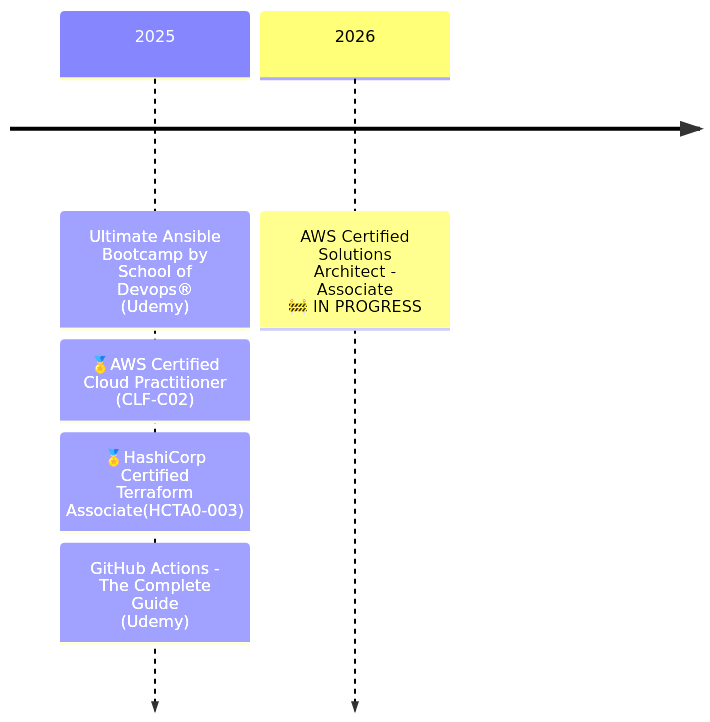
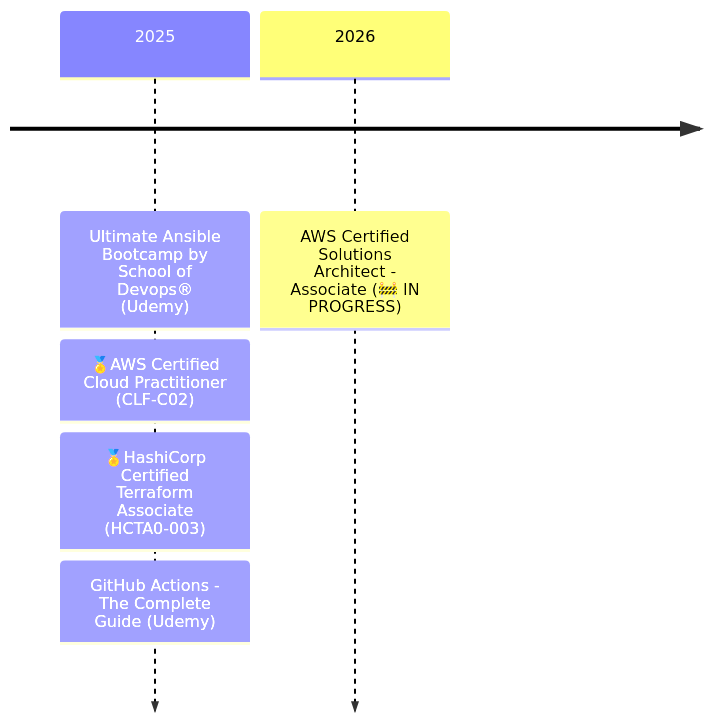
The diagram in content/about.md (rtdevx/rtdevx.github.io), drawn with Mermaid before and after one commit.

Commit message:
Obsidian sync: 2025-12-09 23:33:46

```diff
--- a/content/about.md
+++ b/content/about.md
@@ -63,8 +63,8 @@
 {{< mermaid >}}
 timeline
-    2025 : Ultimate Ansible Bootcamp by School of Devops®<br>(Udemy)
+    2025 : Ultimate Ansible Bootcamp by School of Devops® (Udemy)
          : 🏅AWS Certified Cloud Practitioner (CLF-C02)
-         : 🏅HashiCorp Certified Terraform Associate(HCTA0-003)
-         : GitHub Actions - The Complete Guide<br>(Udemy)
-    2026 : AWS Certified Solutions Architect - Associate<br>🚧 IN PROGRESS
+         : 🏅HashiCorp Certified Terraform Associate (HCTA0-003)
+         : GitHub Actions - The Complete Guide (Udemy)
+    2026 : AWS Certified Solutions Architect - Associate (🚧 IN PROGRESS)
 {{< /mermaid >}}
```
